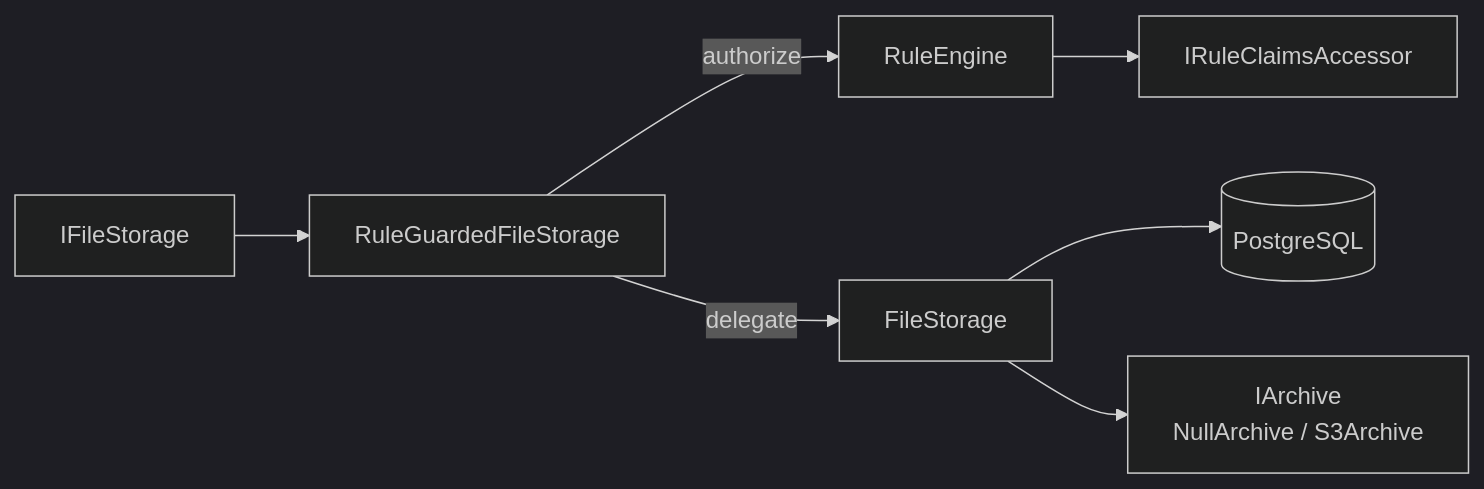
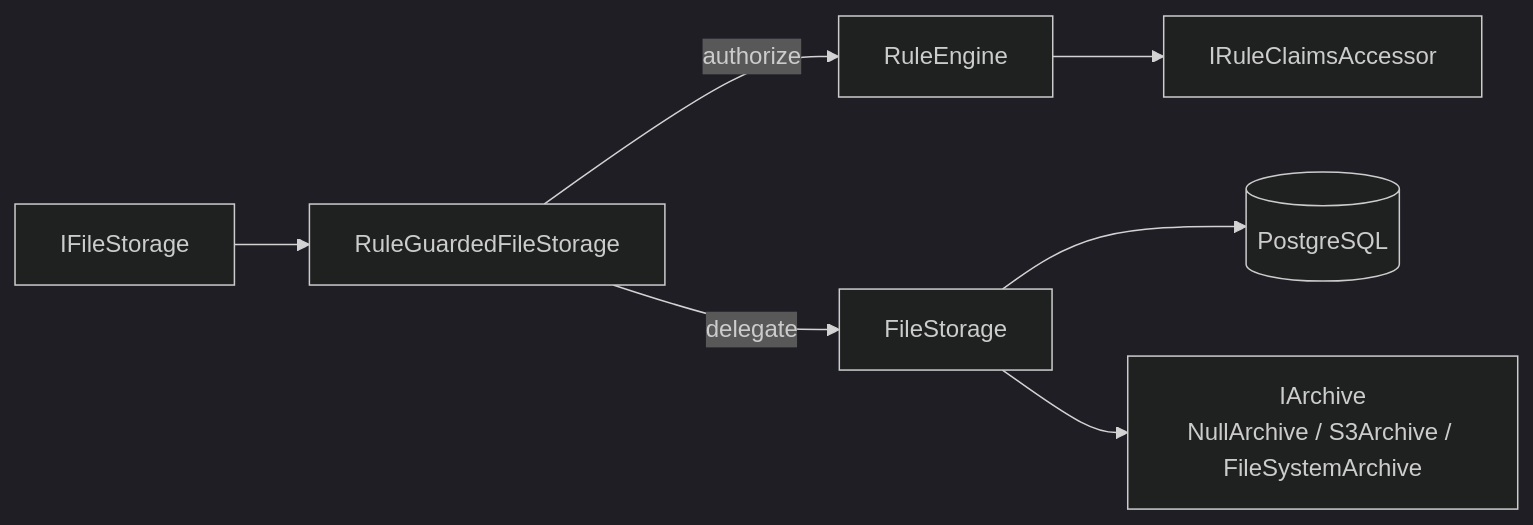
The second of 6 diagrams in README.md (FlameOfUdun/winche-storage), drawn with Mermaid (dark theme) before and after one commit. The commit also changed other lines of this file and 46 other files, not shown here.

````diff
--- a/README.md
+++ b/README.md
@@ -40,9 +42,9 @@
 ```mermaid
 flowchart LR
     IFM["IFileStorage"] --> Guard["RuleGuardedFileStorage"]
     Guard -->|authorize| Engine["RuleEngine"]
     Guard -->|delegate| Core["FileStorage"]
     Engine --> Claims["IRuleClaimsAccessor"]
     Core --> DB[("PostgreSQL")]
-    Core --> Archive["IArchive<br/>NullArchive / S3Archive"]
+    Core --> Archive["IArchive<br/>NullArchive / S3Archive / FileSystemArchive"]
 ```
````
